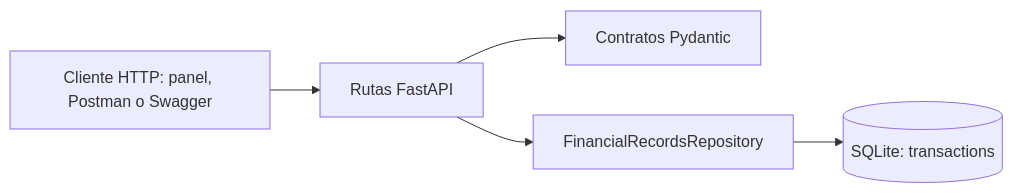
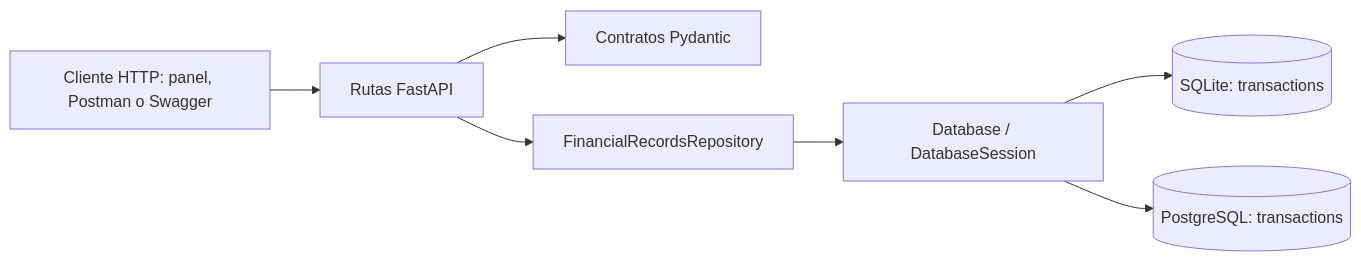
The first of 2 diagrams in capitulos/05-implementacion.md (1ASI0657-2620-9199/report), drawn with Mermaid before and after one commit. The commit also changed other lines of this file and 28 other files, not shown here.

Commit message:
docs: add real API captures and PostgreSQL deployment evidence

````diff
--- a/capitulos/05-implementacion.md
+++ b/capitulos/05-implementacion.md
@@ -66,7 +79,9 @@
 ```mermaid
 flowchart LR
     C[Cliente HTTP: panel, Postman o Swagger] --> A[Rutas FastAPI]
     A --> M[Contratos Pydantic]
     A --> R[FinancialRecordsRepository]
-    R --> D[(SQLite: transactions)]
+    R --> D[Database / DatabaseSession]
+    D --> S[(SQLite: transactions)]
+    D --> P[(PostgreSQL: transactions)]
 ```
````
